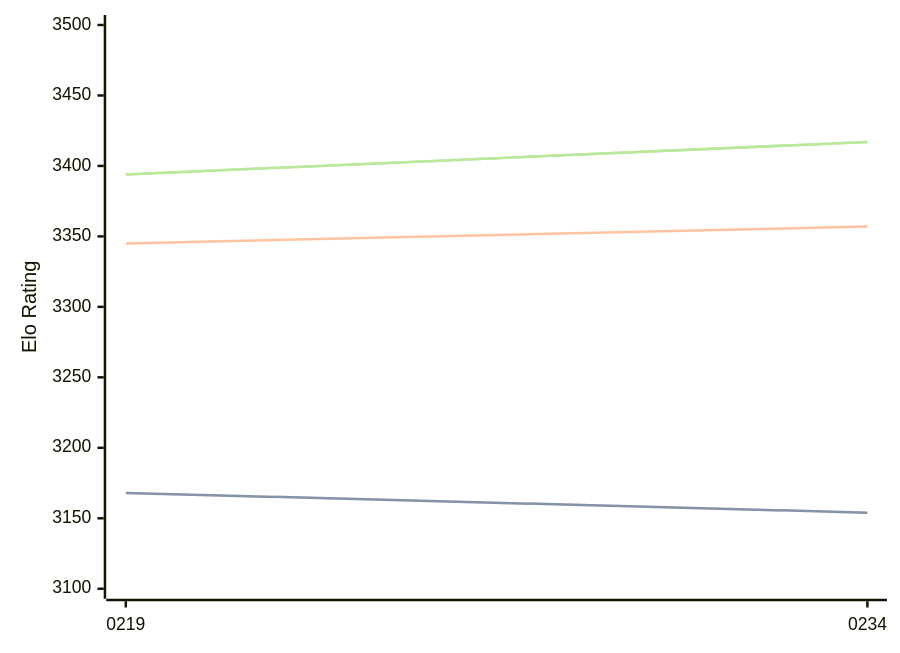
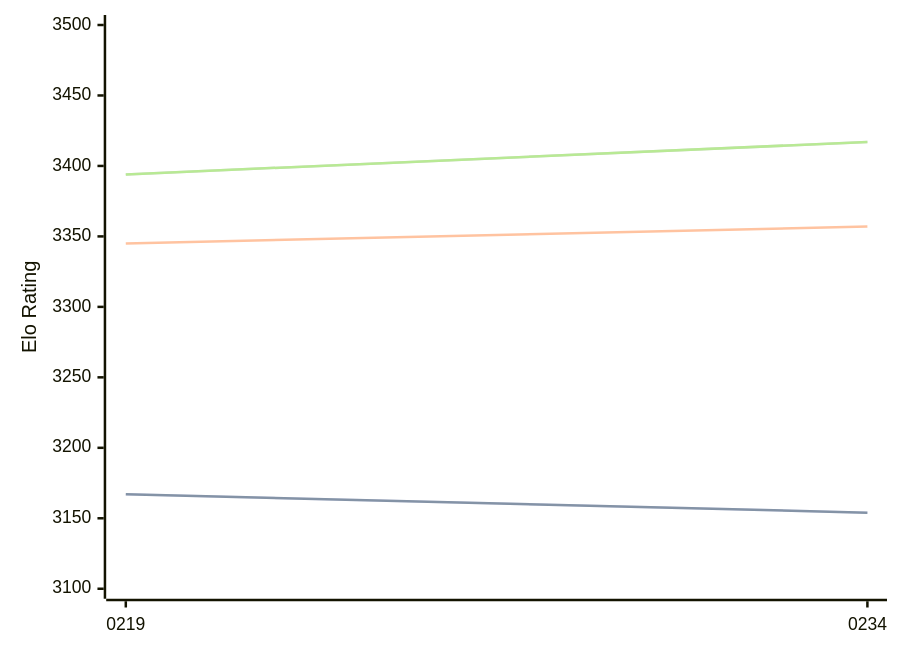
The diagram in engines/Ynode.md (computer-chess-index/cci), drawn with Mermaid before and after one commit. The commit also changed other lines of this file, not shown here.

````diff
--- a/engines/Ynode.md
+++ b/engines/Ynode.md
@@ -39,11 +39,11 @@
 ```mermaid
 %%{init: {"theme":"base","themeVariables":{"seriesColors:['#a3a3a3','#222221','#faa371']}}}%%
 xychart-beta
   x-axis ["0219", "0234"]
   y-axis "Elo Rating" 3100 --> 3500
-  line "STC (8.0+0.08s)" [3168, 3154]
-  line "STC (8.0+0.08s)" [3168, 3154]
+  line "STC (8.0+0.08s)" [3167, 3154]
+  line "STC (8.0+0.08s)" [3167, 3154]
   line "LTC (60.0+0.60s)" [3345, 3357]
   line "VLTC (2m24s+1.12s)" [3394, 3417]
   line "VLTC (2m24s+1.12s)" [3394, 3417]
 ```
````
